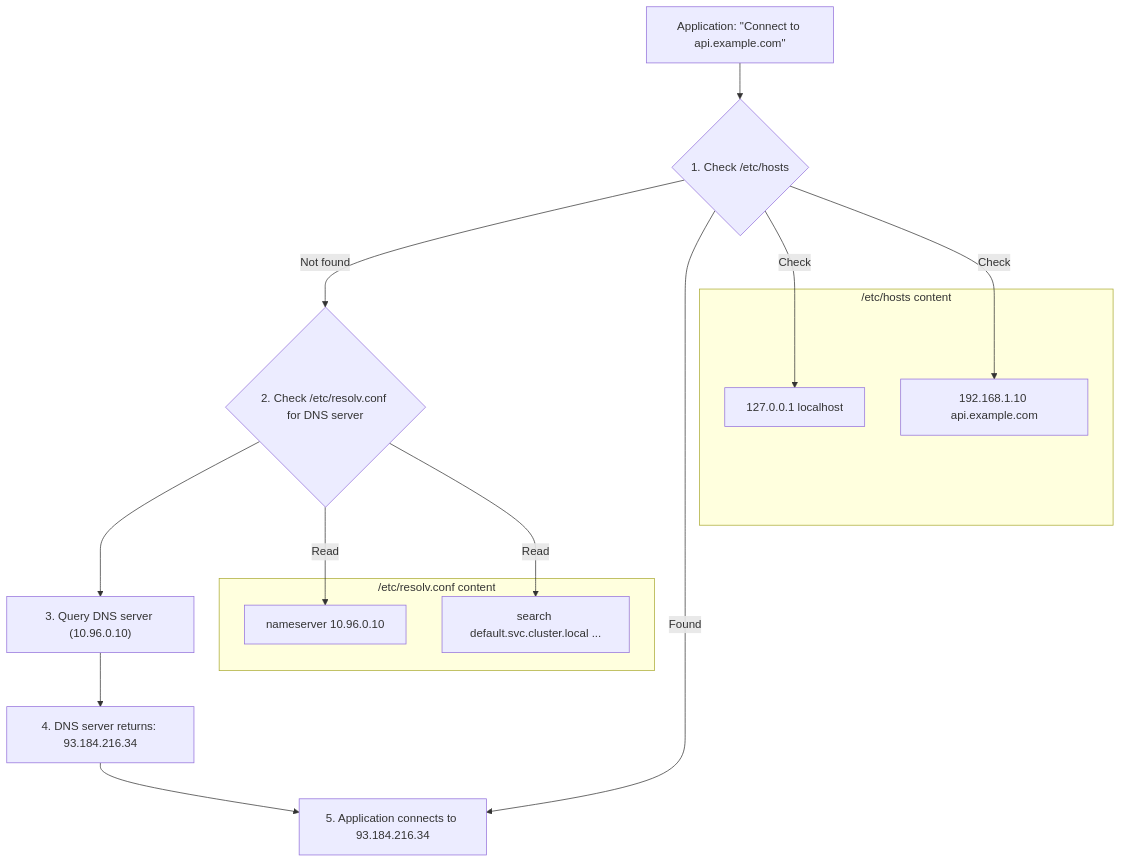
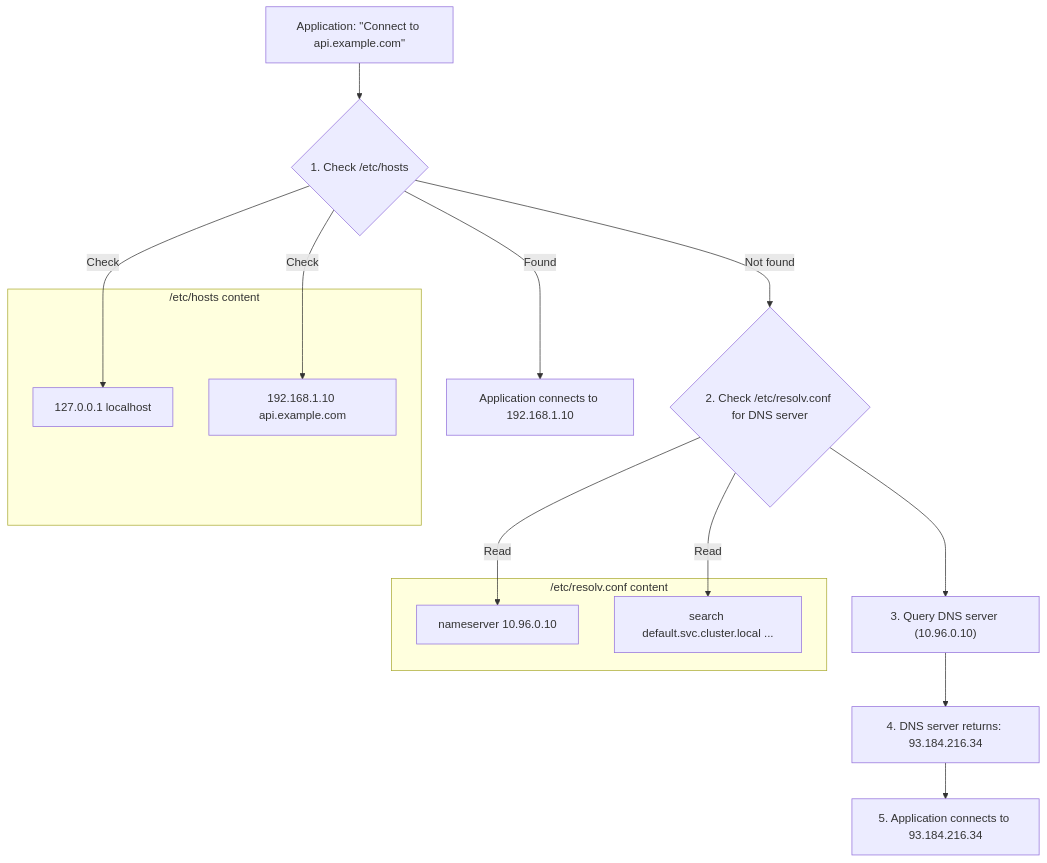
One commit to kube-dojo/kube-dojo.github.io changed the first of 4 diagrams in src/content/docs/linux/foundations/networking/module-3.2-dns-linux.md. Above: the diagram before and after it, drawn with Mermaid.

Commit message:
docs: separate hosts and DNS result nodes (#3434)

````diff
--- a/src/content/docs/linux/foundations/networking/module-3.2-dns-linux.md
+++ b/src/content/docs/linux/foundations/networking/module-3.2-dns-linux.md
@@ -57,22 +57,22 @@
 ```mermaid
 graph TD
     A["Application: #quot;Connect to api.example.com#quot;"] --> B{1. Check /etc/hosts};
     B -- Not found --> C{2. Check /etc/resolv.conf for DNS server};
-    B -- Found --> E[Application connects to 192.168.1.10];
+    B -- Found --> E1[Application connects to 192.168.1.10];
     C --> D["3. Query DNS server (10.96.0.10)"];
     D --> F[4. DNS server returns: 93.184.216.34];
-    F --> E[5. Application connects to 93.184.216.34];
+    F --> E2[5. Application connects to 93.184.216.34];
 
     subgraph etc_hosts_lookup ["/etc/hosts content"]
         H1["127.0.0.1 localhost"]
         H2["192.168.1.10 api.example.com"]
     end
     subgraph resolv_conf_content ["/etc/resolv.conf content"]
         R1["nameserver 10.96.0.10"]
         R2["search default.svc.cluster.local ..."]
     end
     B -- Check --> H1;
     B -- Check --> H2;
     C -- Read --> R1;
     C -- Read --> R2;
 ```
````
